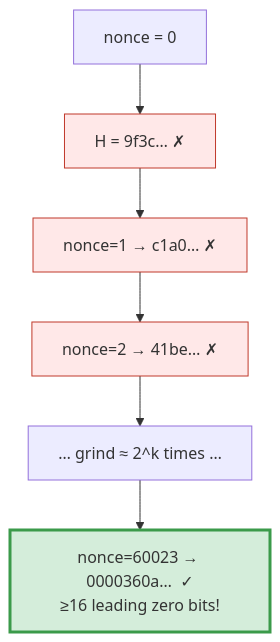
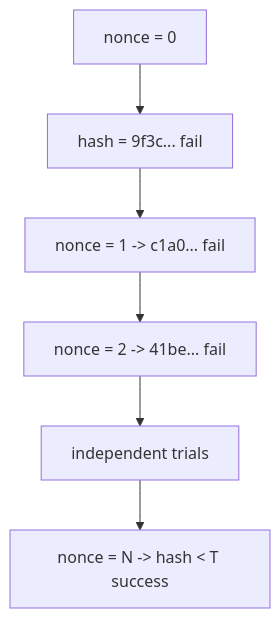
One commit to openarbx/blockchain_math_vault changed the first of 2 diagrams in Concepts/4 - Proof of Work.md. Above: the diagram before and after it, drawn with Mermaid. The commit also changed other lines of this file, not shown here.

````diff
--- a/Concepts/4 - Proof of Work.md
+++ b/Concepts/4 - Proof of Work.md
@@ -54,12 +275,8 @@
 ```mermaid
 flowchart TD
-    START["nonce = 0"] --> H1["H = 9f3c…  ✗"]
-    H1 --> H2["nonce=1 → c1a0…  ✗"]
-    H2 --> H3["nonce=2 → 41be…  ✗"]
-    H3 --> DOTS["… grind ≈ 2^k times …"]
-    DOTS --> WIN["nonce=60023 → 0000360a…  ✓<br/>≥16 leading zero bits!"]
-    style WIN fill:#d4edda,stroke:#3b9a4a,stroke-width:3px
-    style H1 fill:#ffe8e8,stroke:#c0392b
-    style H2 fill:#ffe8e8,stroke:#c0392b
-    style H3 fill:#ffe8e8,stroke:#c0392b
+    START["nonce = 0"] --> H1["hash = 9f3c... fail"]
+    H1 --> H2["nonce = 1 -> c1a0... fail"]
+    H2 --> H3["nonce = 2 -> 41be... fail"]
+    H3 --> DOTS["independent trials"]
+    DOTS --> WIN["nonce = N -> hash < T success"]
 ```
````
